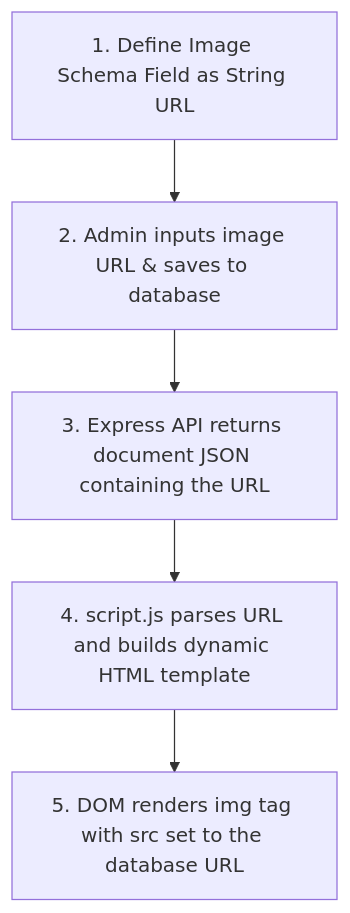
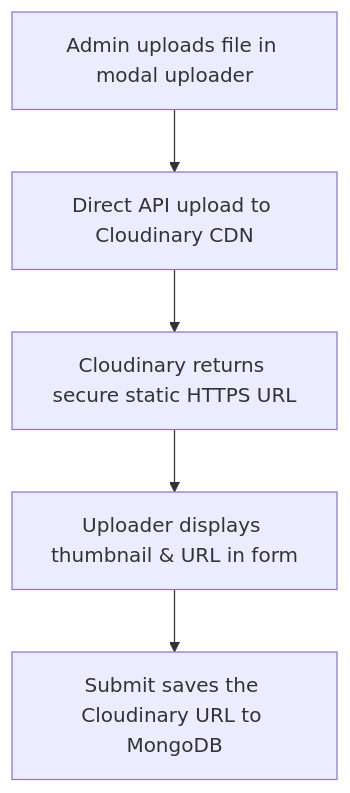
The fourth of 4 diagrams in README.md (beni02273-design/AI-Solution-Web-Portal), drawn with Mermaid before and after one commit. The commit also changed other lines of this file and 7 other files, not shown here.

````diff
--- a/README.md
+++ b/README.md
@@ -149,7 +161,7 @@
 ```mermaid
 graph TD
-    A[1. Define Image Schema Field as String URL] --> B[2. Admin inputs image URL & saves to database]
-    B --> C[3. Express API returns document JSON containing the URL]
-    C --> D[4. script.js parses URL and builds dynamic HTML template]
-    D --> E[5. DOM renders img tag with src set to the database URL]
+    A[Admin uploads file in modal uploader] --> B[Direct API upload to Cloudinary CDN]
+    B --> C[Cloudinary returns secure static HTTPS URL]
+    C --> D[Uploader displays thumbnail & URL in form]
+    D --> E[Submit saves the Cloudinary URL to MongoDB]
 ```
````
